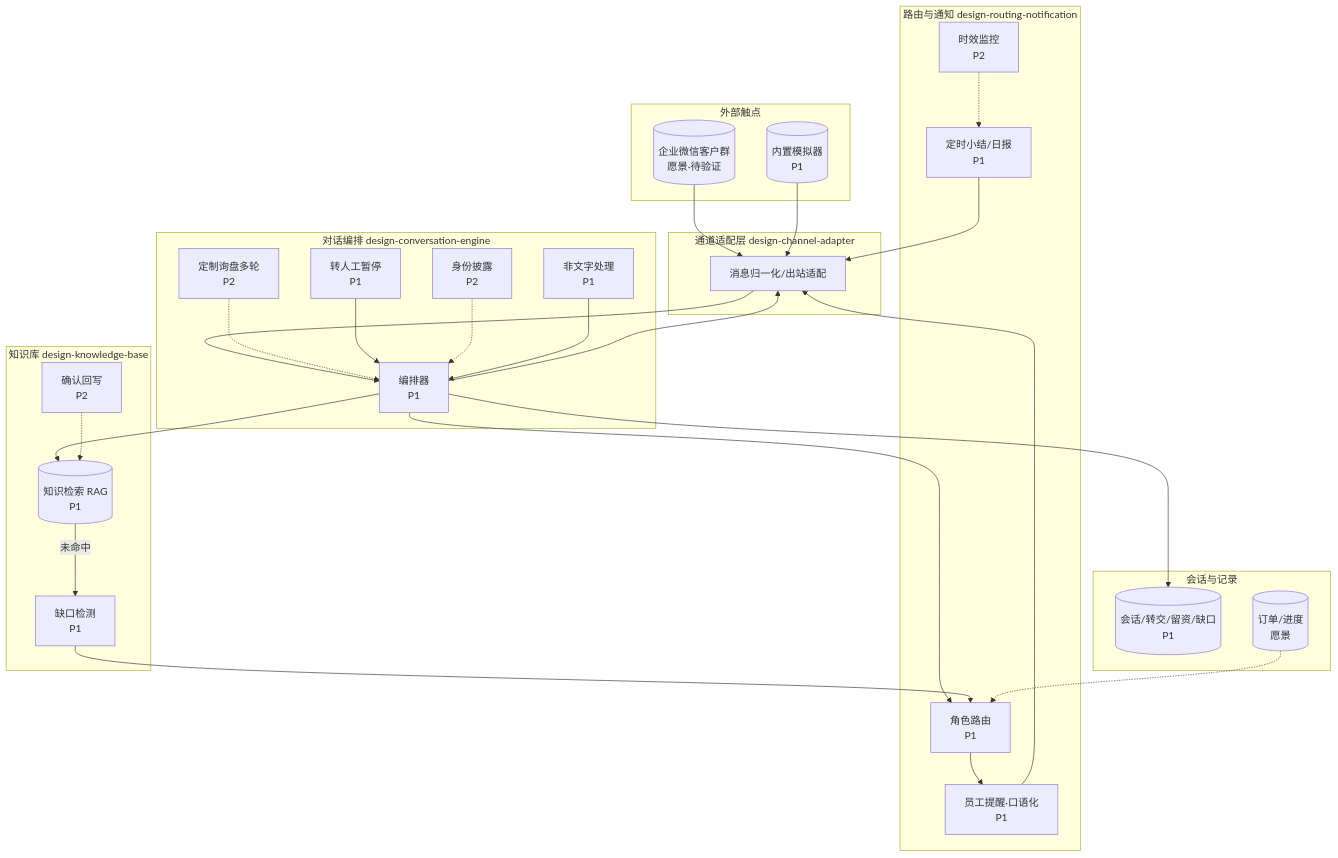
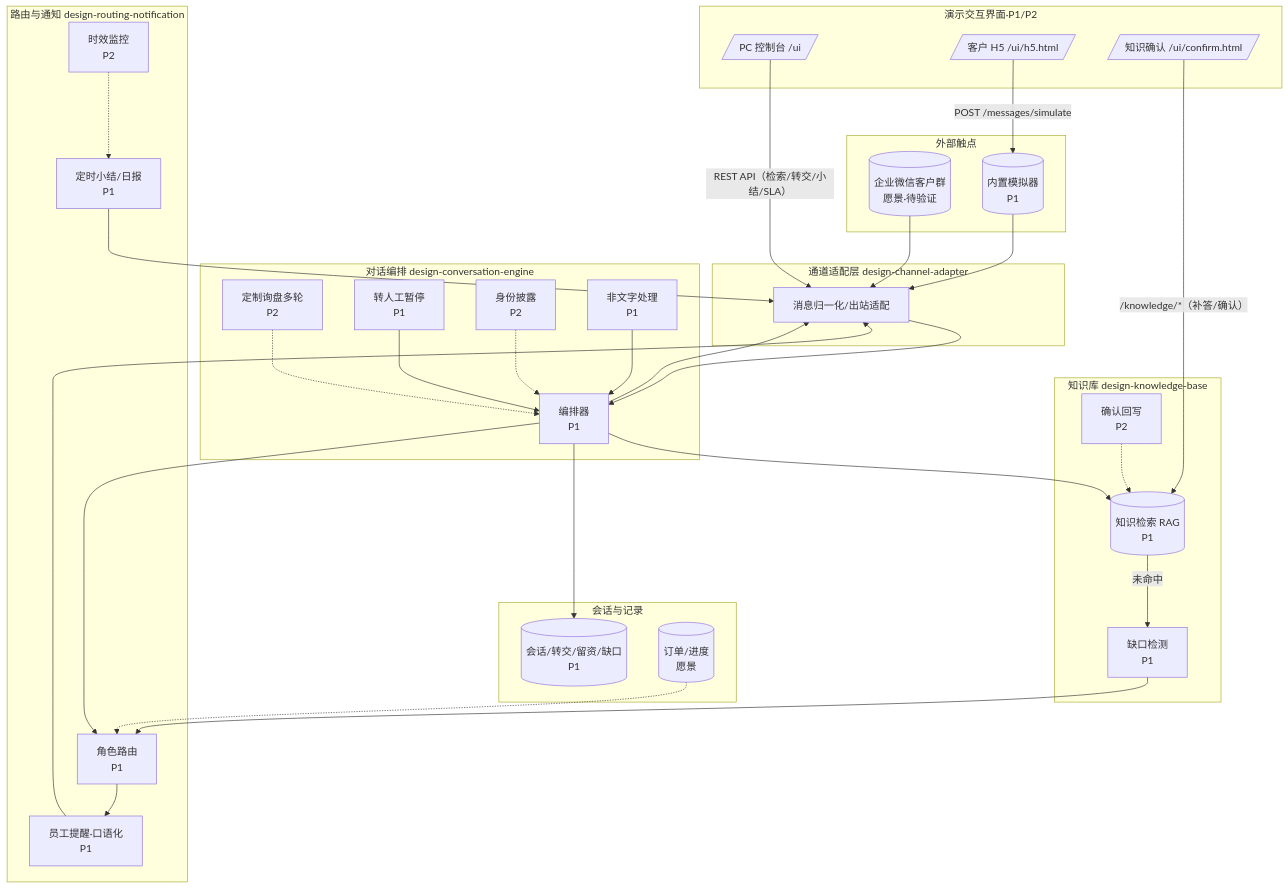
One commit to emily8421/digital-cs-demo changed the diagram in docs/04-architecture.md. Above: the diagram before and after it, drawn with Mermaid. The commit also changed other lines of this file and 3 other files, not shown here.

First line of the commit message:
docs: 修正声称 vs 实际（LLM/飞书）+ 补前端 3 页 + 架构图前端层

````diff
--- a/docs/04-architecture.md
+++ b/docs/04-architecture.md
@@ -10,57 +10,65 @@
 ```mermaid
 flowchart TD
+    subgraph 前端[演示交互界面·P1/P2]
+        UI[/PC 控制台 /ui/]
+        H5[/客户 H5 /ui/h5.html/]
+        CFM[/知识确认 /ui/confirm.html/]
+    end
     subgraph 外部[外部触点]
         WE[(企业微信客户群<br/>愿景·待验证)]
         SIM[(内置模拟器<br/>P1)]
     end
+    H5 -- POST /messages/simulate --> SIM
+    UI -- REST API（检索/转交/小结/SLA） --> CA
+    CFM -- /knowledge/*（补答/确认） --> KB
 
     subgraph 接入[通道适配层 design-channel-adapter]
         CA[消息归一化/出站适配]
     end
 
     subgraph 编排[对话编排 design-conversation-engine]
         ORC[编排器<br/>P1]
         CLA[定制询盘多轮<br/>P2]
         HF[转人工暂停<br/>P1]
         IDN[身份披露<br/>P2]
         NTF[非文字处理<br/>P1]
     end
 
     subgraph 知识[知识库 design-knowledge-base]
         KB[(知识检索 RAG<br/>P1)]
         GAP[缺口检测<br/>P1]
         CONF[确认回写<br/>P2]
     end
 
     subgraph 业务[路由与通知 design-routing-notification]
         RT[角色路由<br/>P1]
         NTF2[员工提醒·口语化<br/>P1]
         SUM[定时小结/日报<br/>P1]
         SLA[时效监控<br/>P2]
     end
 
     subgraph 状态[会话与记录]
         SS[(会话/转交/留资/缺口<br/>P1)]
         ORD[(订单/进度<br/>愿景)]
     end
 
     WE --> CA
     SIM --> CA
     CA --> ORC
     ORC --> KB
     KB -- 未命中 --> GAP
     ORC --> SS
     ORC --> RT
     RT --> NTF2
     NTF2 --> CA
     ORC --> CA
     SUM --> CA
     GAP --> RT
     CLA -.-> ORC
     HF --> ORC
     IDN -.-> ORC
     NTF --> ORC
     CONF -.-> KB
     SLA -.-> SUM
     ORD -.-> RT
 ```
````
